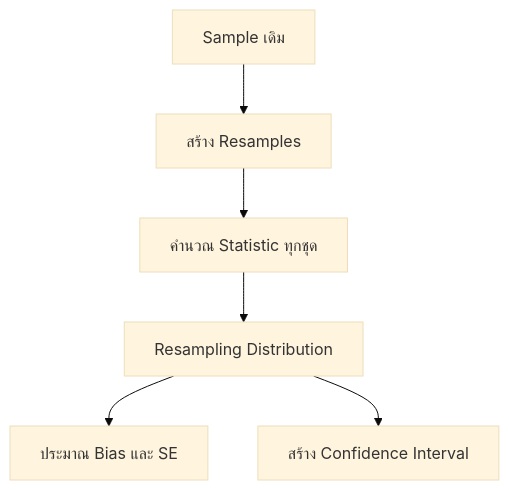
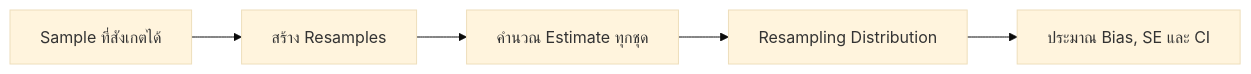
One commit to mdanmek/nida-dads-notes changed the diagram in dads6001-applied_statistics/summary/03_jackknife_bootstrap.md. Above: the diagram before and after it, drawn with Mermaid (base theme). The commit also changed other lines of this file, not shown here.

````diff
--- a/dads6001-applied_statistics/summary/03_jackknife_bootstrap.md
+++ b/dads6001-applied_statistics/summary/03_jackknife_bootstrap.md
@@ -23,8 +30,7 @@
 ```mermaid
-flowchart TD
-    A[Sample เดิม] --> B[สร้าง Resamples]
-    B --> C[คำนวณ Statistic ทุกชุด]
+flowchart LR
+    A[Sample ที่สังเกตได้] --> B[สร้าง Resamples]
+    B --> C[คำนวณ Estimate ทุกชุด]
     C --> D[Resampling Distribution]
-    D --> E[ประมาณ Bias และ SE]
-    D --> F[สร้าง Confidence Interval]
+    D --> E[ประมาณ Bias, SE และ CI]
 ```
````
